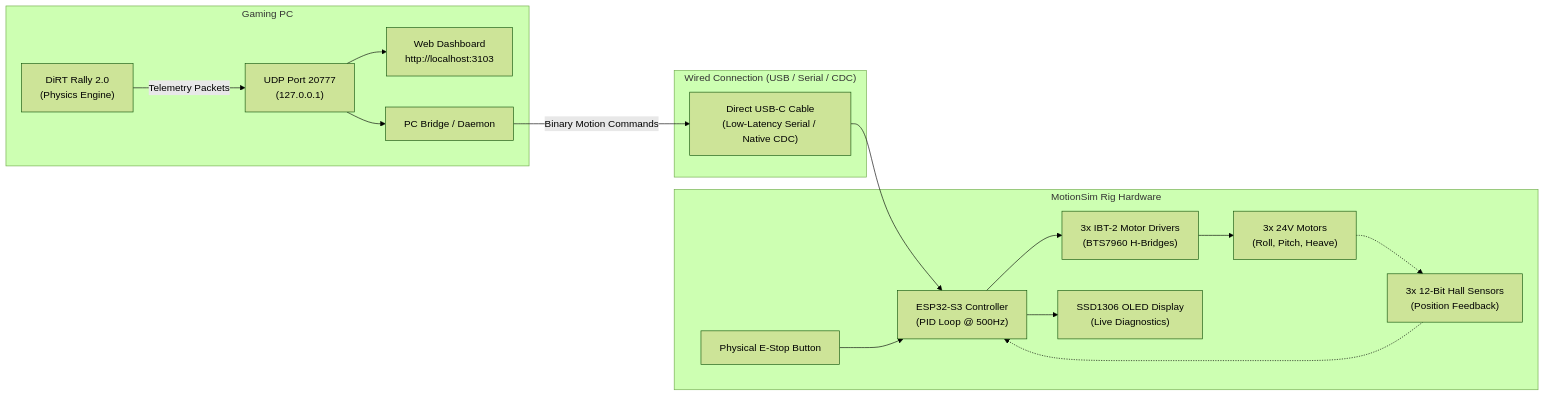
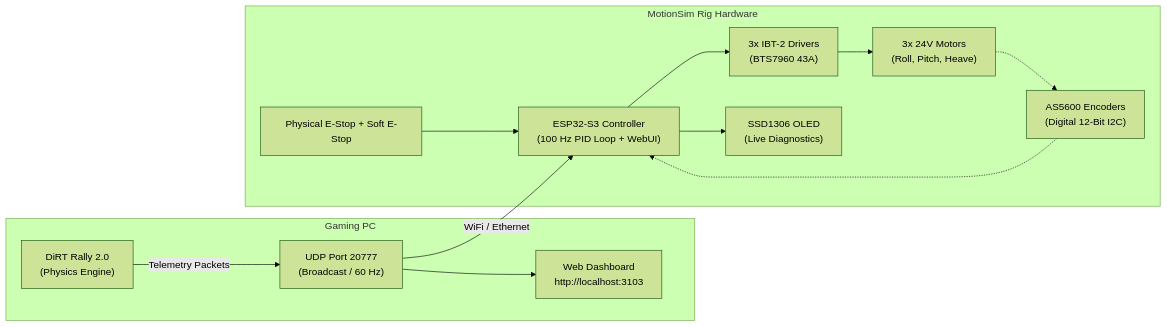
One commit to meteorinca/motionsim changed the diagram in guide.md. Above: the diagram before and after it, drawn with Mermaid (forest theme). The commit also changed other lines of this file and 14 other files, not shown here.

````diff
--- a/guide.md
+++ b/guide.md
@@ -13,32 +17,25 @@
 ```mermaid
 flowchart LR
     subgraph PC ["Gaming PC"]
         DR["DiRT Rally 2.0<br/>(Physics Engine)"]
-        UDP["UDP Port 20777<br/>(127.0.0.1)"]
+        UDP["UDP Port 20777<br/>(Broadcast / 60 Hz)"]
         UI["Web Dashboard<br/>http://localhost:3103"]
-        BRIDGE["PC Bridge / Daemon"]
-    end
-
-    subgraph Wired ["Wired Connection (USB / Serial / CDC)"]
-        USB["Direct USB-C Cable<br/>(Low-Latency Serial / Native CDC)"]
     end
 
     subgraph Hardware ["MotionSim Rig Hardware"]
-        ESP["ESP32-S3 Controller<br/>(PID Loop @ 500Hz)"]
-        IBT["3x IBT-2 Motor Drivers<br/>(BTS7960 H-Bridges)"]
+        ESP["ESP32-S3 Controller<br/>(100 Hz PID Loop + WebUI)"]
+        IBT["3x IBT-2 Drivers<br/>(BTS7960 43A)"]
         MOTORS["3x 24V Motors<br/>(Roll, Pitch, Heave)"]
-        SENSORS["3x 12-Bit Hall Sensors<br/>(Position Feedback)"]
-        OLED["SSD1306 OLED Display<br/>(Live Diagnostics)"]
-        ESTOP["Physical E-Stop Button"]
+        SENSORS["AS5600 Encoders<br/>(Digital 12-Bit I2C)"]
+        OLED["SSD1306 OLED<br/>(Live Diagnostics)"]
+        ESTOP["Physical E-Stop + Soft E-Stop"]
     end
 
     DR -->|Telemetry Packets| UDP
     UDP --> UI
-    UDP --> BRIDGE
-    BRIDGE -->|Binary Motion Commands| USB
-    USB --> ESP
+    UDP -->|WiFi / Ethernet| ESP
     ESP --> IBT --> MOTORS
     MOTORS -.-> SENSORS -.-> ESP
     ESP --> OLED
     ESTOP --> ESP
 ```
````
